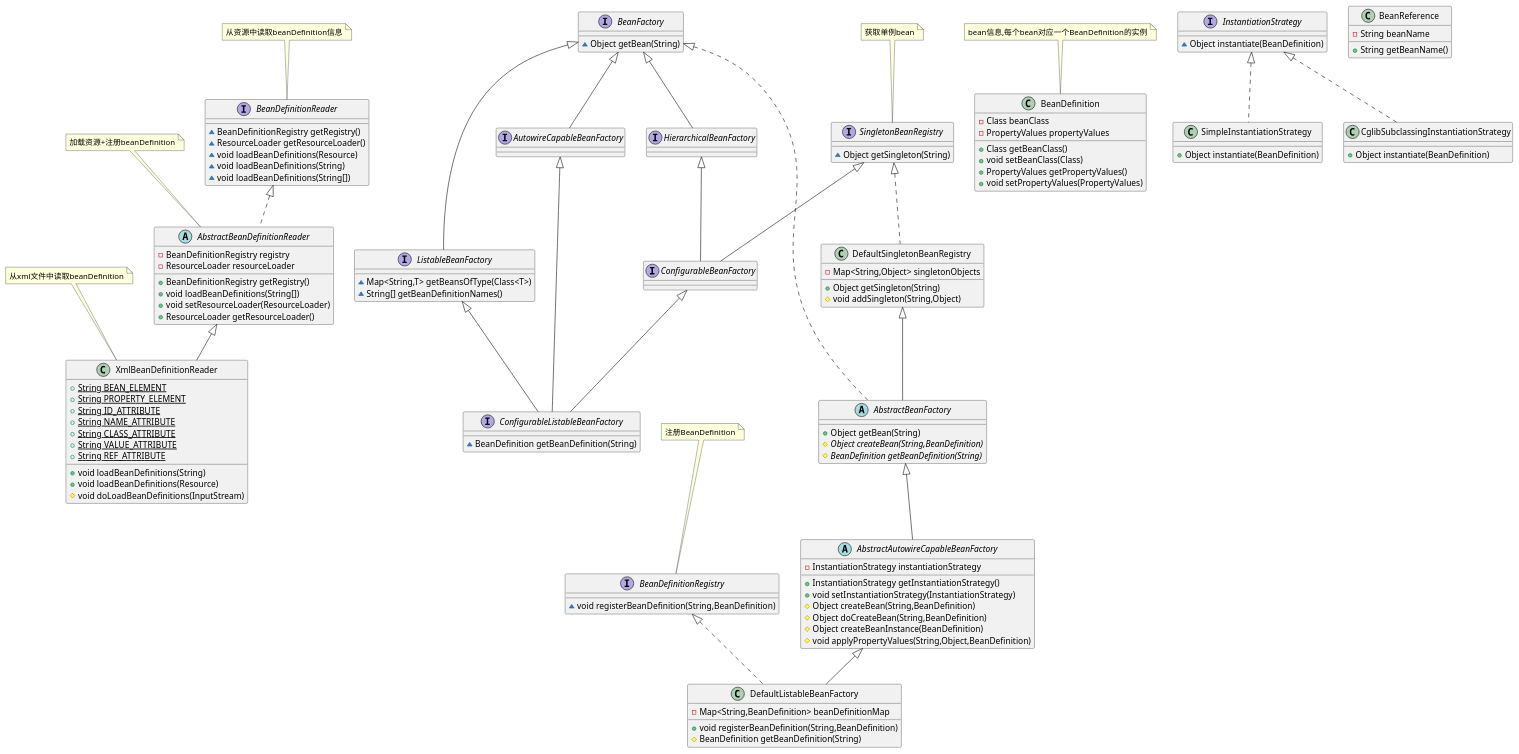
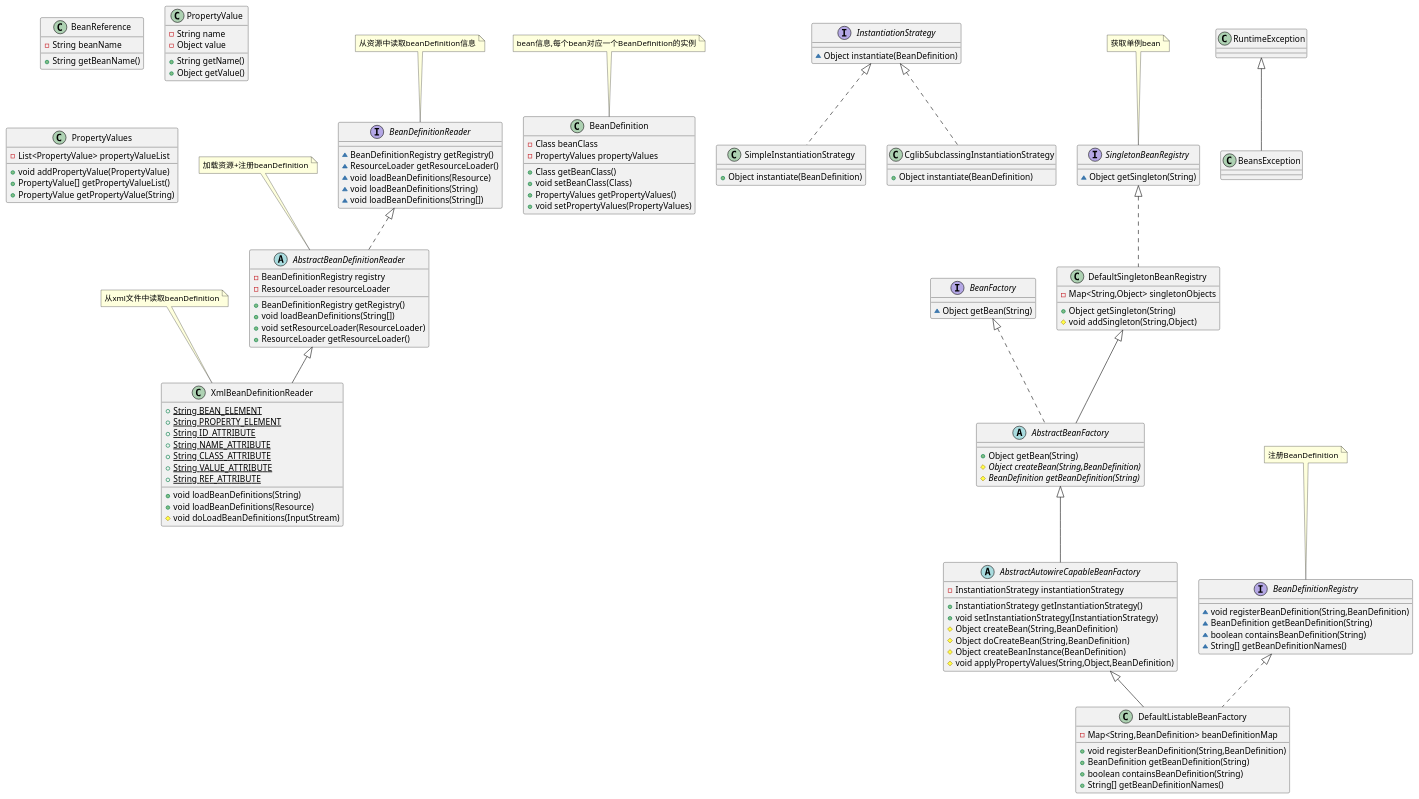
The diagram in src/main/resources/beanFactory.puml (Zhou-Ru-Xuan/minispring), drawn with PlantUML before and after one commit. The commit also changed 7 other files, not shown here.

```diff
--- a/src/main/resources/beanFactory.puml
+++ b/src/main/resources/beanFactory.puml
@@ -1,146 +1,147 @@
 @startuml
 interface BeanDefinitionReader {
 ~ BeanDefinitionRegistry getRegistry()
 ~ ResourceLoader getResourceLoader()
 ~ void loadBeanDefinitions(Resource)
 ~ void loadBeanDefinitions(String)
 ~ void loadBeanDefinitions(String[])
 }
 note top:从资源中读取beanDefinition信息
 
 abstract class AbstractBeanDefinitionReader {
 - BeanDefinitionRegistry registry
 - ResourceLoader resourceLoader
 + BeanDefinitionRegistry getRegistry()
 + void loadBeanDefinitions(String[])
 + void setResourceLoader(ResourceLoader)
 + ResourceLoader getResourceLoader()
 }
 note top: 加载资源+注册beanDefinition
 
-
-interface ListableBeanFactory {
-~ Map<String,T> getBeansOfType(Class<T>)
-~ String[] getBeanDefinitionNames()
-}
 
 class BeanDefinition {
 - Class beanClass
 - PropertyValues propertyValues
 + Class getBeanClass()
 + void setBeanClass(Class)
 + PropertyValues getPropertyValues()
 + void setPropertyValues(PropertyValues)
 }
 note top:bean信息,每个bean对应一个BeanDefinition的实例
 
 
 class SimpleInstantiationStrategy {
 + Object instantiate(BeanDefinition)
 }
 
 interface InstantiationStrategy {
 ~ Object instantiate(BeanDefinition)
 }
 
 interface BeanFactory {
 ~ Object getBean(String)
 }
 
 class BeanReference {
 - String beanName
 + String getBeanName()
 }
 
 
 class CglibSubclassingInstantiationStrategy {
 + Object instantiate(BeanDefinition)
 }
 
 class DefaultListableBeanFactory {
 - Map<String,BeanDefinition> beanDefinitionMap
 + void registerBeanDefinition(String,BeanDefinition)
-# BeanDefinition getBeanDefinition(String)
++ BeanDefinition getBeanDefinition(String)
++ boolean containsBeanDefinition(String)
++ String[] getBeanDefinitionNames()
 }
 
 
-interface AutowireCapableBeanFactory {
-}
-interface ConfigurableBeanFactory {
-}
 interface SingletonBeanRegistry {
 ~ Object getSingleton(String)
 }
 note top:获取单例bean
 
 interface BeanDefinitionRegistry {
 ~ void registerBeanDefinition(String,BeanDefinition)
+~ BeanDefinition getBeanDefinition(String)
+~ boolean containsBeanDefinition(String)
+~ String[] getBeanDefinitionNames()
 }
 note top:注册BeanDefinition
 
+class BeansException {
+}
 abstract class AbstractBeanFactory {
 + Object getBean(String)
 # {abstract}Object createBean(String,BeanDefinition)
 # {abstract}BeanDefinition getBeanDefinition(String)
 }
 
-interface HierarchicalBeanFactory {
+class PropertyValue {
+- String name
+- Object value
++ String getName()
++ Object getValue()
 }
+
+
 class DefaultSingletonBeanRegistry {
 - Map<String,Object> singletonObjects
 + Object getSingleton(String)
 # void addSingleton(String,Object)
+}
+
+
+class PropertyValues {
+- List<PropertyValue> propertyValueList
++ void addPropertyValue(PropertyValue)
++ PropertyValue[] getPropertyValueList()
++ PropertyValue getPropertyValue(String)
 }
 
 
 abstract class AbstractAutowireCapableBeanFactory {
 - InstantiationStrategy instantiationStrategy
 + InstantiationStrategy getInstantiationStrategy()
 + void setInstantiationStrategy(InstantiationStrategy)
 # Object createBean(String,BeanDefinition)
 # Object doCreateBean(String,BeanDefinition)
 # Object createBeanInstance(BeanDefinition)
 # void applyPropertyValues(String,Object,BeanDefinition)
 }
 
 
 class XmlBeanDefinitionReader {
 + {static} String BEAN_ELEMENT
 + {static} String PROPERTY_ELEMENT
 + {static} String ID_ATTRIBUTE
 + {static} String NAME_ATTRIBUTE
 + {static} String CLASS_ATTRIBUTE
 + {static} String VALUE_ATTRIBUTE
 + {static} String REF_ATTRIBUTE
 + void loadBeanDefinitions(String)
 + void loadBeanDefinitions(Resource)
 # void doLoadBeanDefinitions(InputStream)
 }
 note top:从xml文件中读取beanDefinition
 
 
-interface ConfigurableListableBeanFactory {
-~ BeanDefinition getBeanDefinition(String)
-}
-
 
 
 BeanDefinitionReader <|.. AbstractBeanDefinitionReader
-BeanFactory <|-- ListableBeanFactory
 InstantiationStrategy <|.. SimpleInstantiationStrategy
 InstantiationStrategy <|.. CglibSubclassingInstantiationStrategy
 BeanDefinitionRegistry <|.. DefaultListableBeanFactory
 AbstractAutowireCapableBeanFactory <|-- DefaultListableBeanFactory
-BeanFactory <|-- AutowireCapableBeanFactory
-HierarchicalBeanFactory <|-- ConfigurableBeanFactory
-SingletonBeanRegistry <|-- ConfigurableBeanFactory
+RuntimeException <|-- BeansException
 BeanFactory <|.. AbstractBeanFactory
 DefaultSingletonBeanRegistry <|-- AbstractBeanFactory
-BeanFactory <|-- HierarchicalBeanFactory
 SingletonBeanRegistry <|.. DefaultSingletonBeanRegistry
 AbstractBeanFactory <|-- AbstractAutowireCapableBeanFactory
 AbstractBeanDefinitionReader <|-- XmlBeanDefinitionReader
-ListableBeanFactory <|-- ConfigurableListableBeanFactory
-AutowireCapableBeanFactory <|-- ConfigurableListableBeanFactory
-ConfigurableBeanFactory <|-- ConfigurableListableBeanFactory
 @enduml
```
